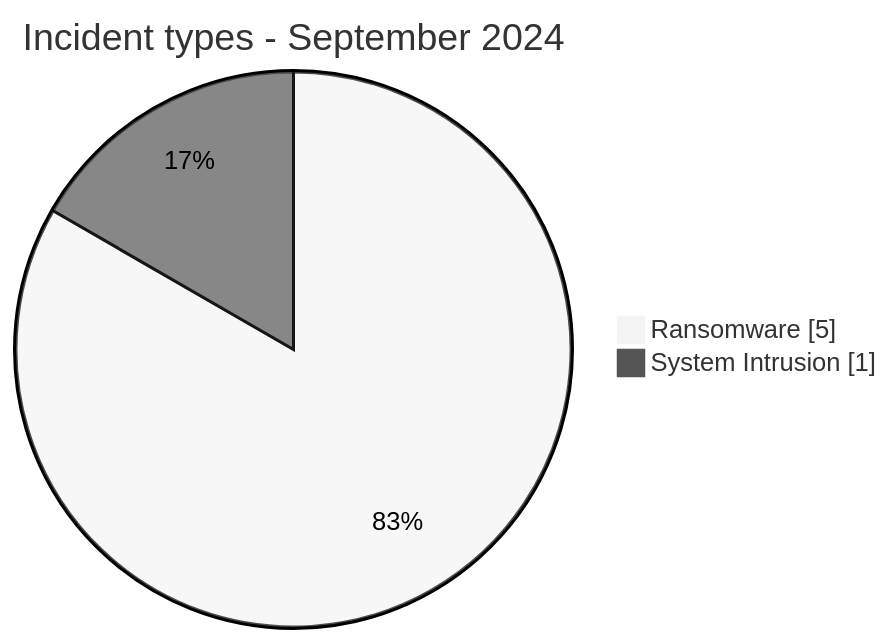
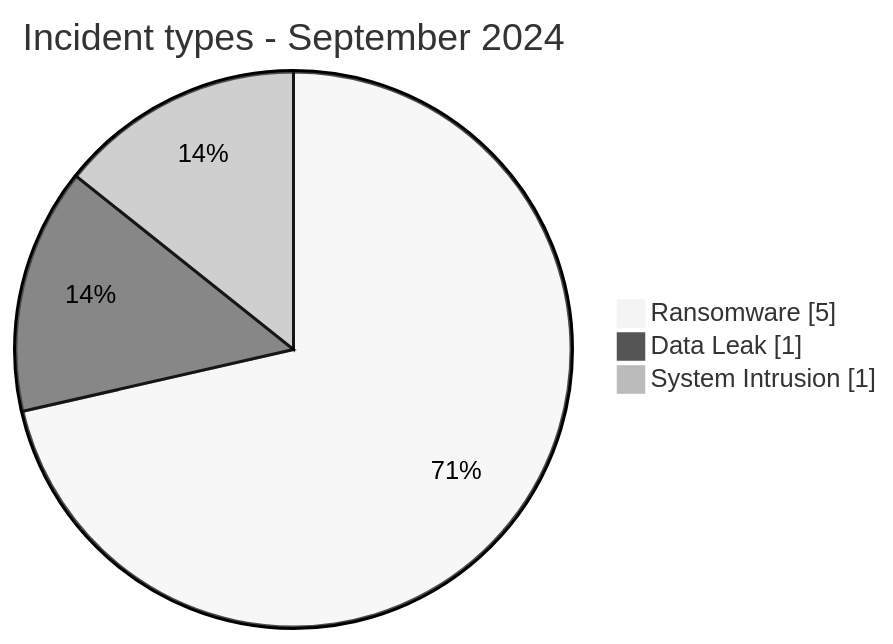
Before and after one commit to Hatchepsoute/AFRINTEL: the first of 2 diagrams in CyberAttackAfrica/2024/09-september/README.md, drawn with Mermaid (neutral theme). The commit also changed other lines of this file and 90 other files, not shown here.

````diff
--- a/CyberAttackAfrica/2024/09-september/README.md
+++ b/CyberAttackAfrica/2024/09-september/README.md
@@ -51,6 +51,7 @@
 ```mermaid
 pie showData
     title Incident types - September 2024
     "Ransomware" : 5
+    "Data Leak" : 1
     "System Intrusion" : 1
 ```
````
